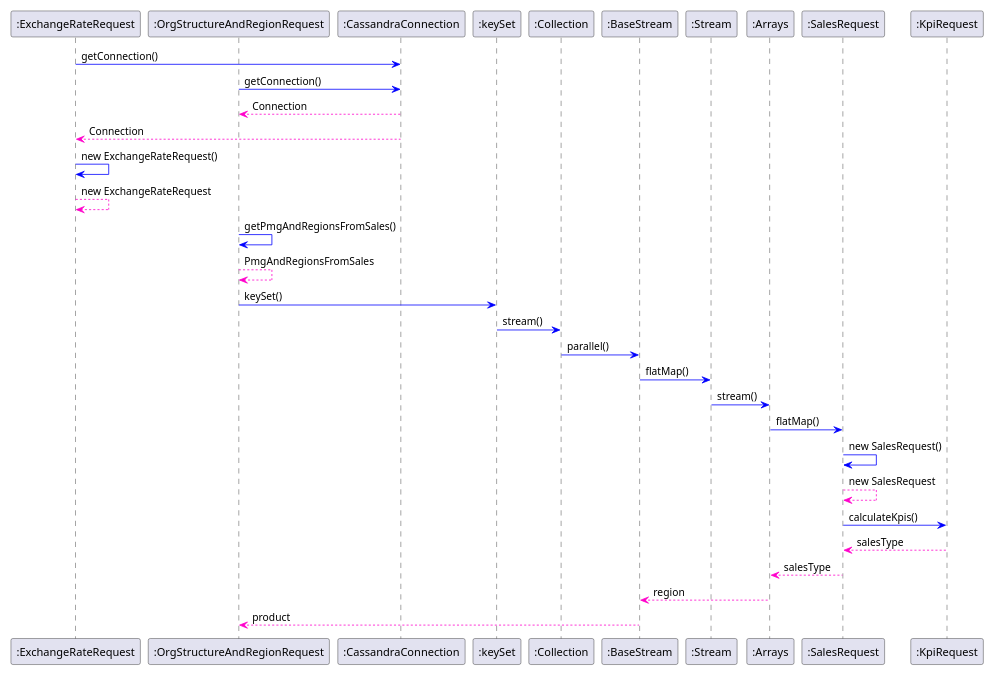
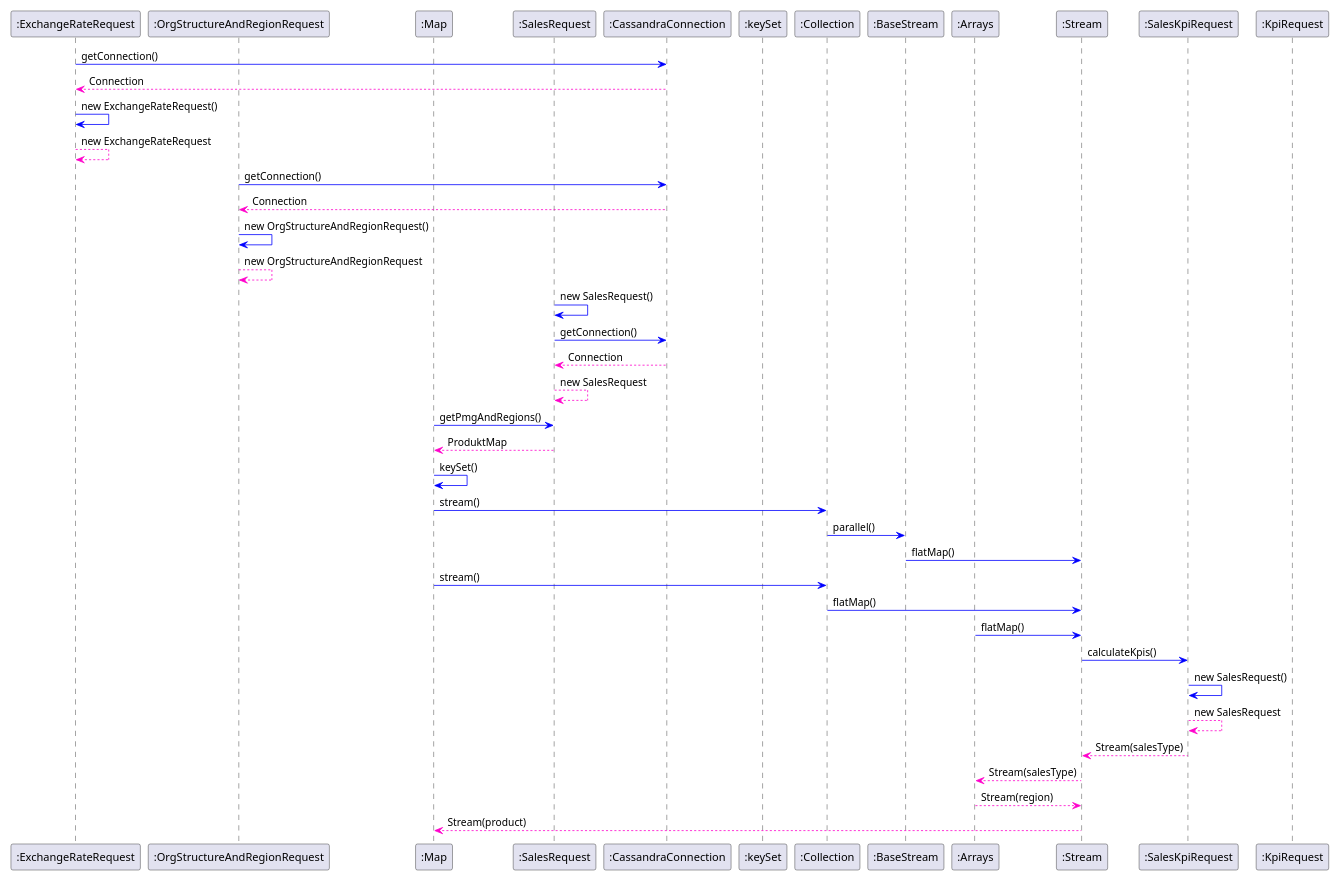
The diagram in diagrams/sequence/sequence_parallel_streams.puml (wagnst/forecast-cassandra), drawn with PlantUML before and after one commit. The commit also changed 1 other file, not shown here.

Commit message:
updated classdiagramm

```diff
--- a/diagrams/sequence/sequence_parallel_streams.puml
+++ b/diagrams/sequence/sequence_parallel_streams.puml
@@ -1,45 +1,63 @@
 @startuml
 
 scale 0.75
 
 participant  ":ExchangeRateRequest"
 participant  ":OrgStructureAndRegionRequest"
+participant  ":Map"
+participant  ":SalesRequest"
 participant  ":CassandraConnection"
 participant  ":keySet"
 participant  ":Collection"
 participant  ":BaseStream"
+participant  ":Arrays"
 participant  ":Stream"
-participant  ":Arrays"
-participant  ":SalesRequest"
+participant  ":SalesKpiRequest"
 participant  ":KpiRequest"
 
 ":ExchangeRateRequest" -[#0000FF]> ":CassandraConnection" : getConnection()
-":OrgStructureAndRegionRequest" -[#0000FF]> ":CassandraConnection" : getConnection()
-":CassandraConnection" --[#FF00CB]> ":OrgStructureAndRegionRequest" : Connection
 ":CassandraConnection" --[#FF00CB]> ":ExchangeRateRequest" : Connection
 ":ExchangeRateRequest" -[#0000FF]> ":ExchangeRateRequest" : new ExchangeRateRequest()
 ":ExchangeRateRequest" --[#FF00CB]> ":ExchangeRateRequest" : new ExchangeRateRequest
 
-":OrgStructureAndRegionRequest" -[#0000FF]> ":OrgStructureAndRegionRequest" : getPmgAndRegionsFromSales()
-":OrgStructureAndRegionRequest" --[#FF00CB]> ":OrgStructureAndRegionRequest" : PmgAndRegionsFromSales
-":OrgStructureAndRegionRequest" -[#0000FF]> ":keySet" : keySet()
-":keySet" -[#0000FF]> ":Collection" : stream()
+":OrgStructureAndRegionRequest" -[#0000FF]> ":CassandraConnection" : getConnection()
+":CassandraConnection" --[#FF00CB]> ":OrgStructureAndRegionRequest" : Connection
+":OrgStructureAndRegionRequest" -[#0000FF]> ":OrgStructureAndRegionRequest" : new OrgStructureAndRegionRequest()
+":OrgStructureAndRegionRequest" --[#FF00CB]> ":OrgStructureAndRegionRequest" : new OrgStructureAndRegionRequest
 
+":SalesRequest" -[#0000FF]> ":SalesRequest" : new SalesRequest()
+":SalesRequest" -[#0000FF]> ":CassandraConnection" : getConnection()
+":CassandraConnection" --[#FF00CB]> ":SalesRequest" : Connection
+":SalesRequest" --[#FF00CB]> ":SalesRequest" : new SalesRequest
+
+":Map" -[#0000FF]> ":SalesRequest" : getPmgAndRegions()
+":SalesRequest" --[#FF00CB]> ":Map" : ProduktMap
+
+
+":Map" -[#0000FF]> ":Map"  : keySet()
+":Map" -[#0000FF]> ":Collection" : stream()
 ":Collection" -[#0000FF]> ":BaseStream" : parallel()
 ":BaseStream" -[#0000FF]> ":Stream" : flatMap()
-":Stream" -[#0000FF]> ":Arrays" : stream()
-":Arrays" -[#0000FF]> ":SalesRequest" : flatMap()
 
-":SalesRequest" -[#0000FF]> ":SalesRequest" : new SalesRequest()
-":SalesRequest" --[#FF00CB]> ":SalesRequest" : new SalesRequest
-":SalesRequest" -[#0000FF]> ":KpiRequest" : calculateKpis()
-":KpiRequest" --[#FF00CB]> ":SalesRequest" : salesType
-":SalesRequest" --[#FF00CB]> ":Arrays" : salesType
-":Arrays" --[#FF00CB]> ":BaseStream" : region
-":BaseStream" --[#FF00CB]> ":OrgStructureAndRegionRequest" : product
+
+":Map" -[#0000FF]> ":Collection" : stream()
+":Collection" -[#0000FF]> ":Stream" : flatMap()
+":Arrays" -[#0000FF]> ":Stream" : flatMap()
+":Stream"  -[#0000FF]> ":SalesKpiRequest" : calculateKpis()
+
+":SalesKpiRequest" -[#0000FF]> ":SalesKpiRequest" : new SalesRequest()
+":SalesKpiRequest" -[#FF00CB]-> ":SalesKpiRequest" : new SalesRequest
+":SalesKpiRequest" -[#FF00CB]-> ":Stream" : Stream(salesType)
+
+":Stream" --[#FF00CB]> ":Arrays" : Stream(salesType)
+
+
+":Arrays" --[#FF00CB]> ":Stream" : Stream(region)
+":Stream" --[#FF00CB]> ":Map" : Stream(product)
+
 
 
 
 
 
 @enduml
```
